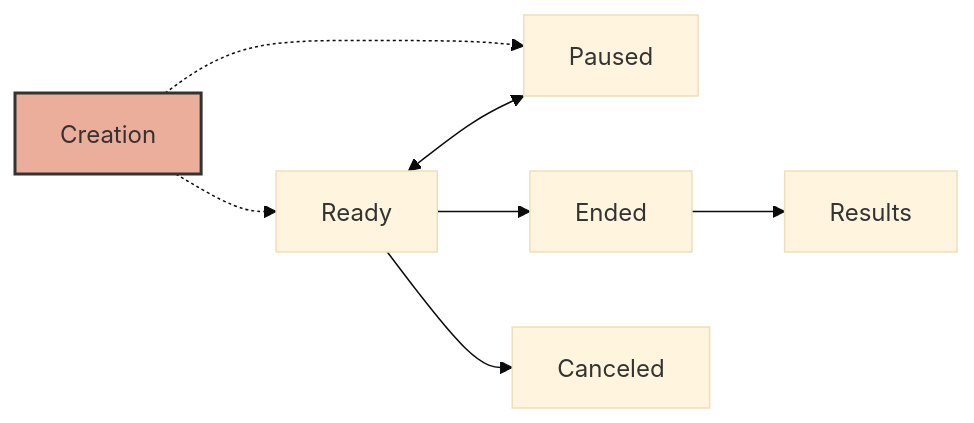
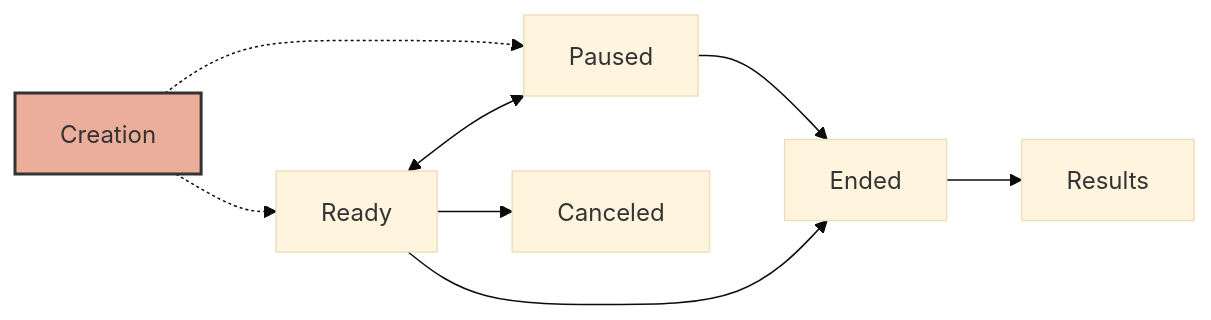
Before and after one commit to vocdoni/developer-portal: the second of 2 diagrams in docs/protocol/01-overview.mdx, drawn with Mermaid (base theme). The commit also changed other lines of this file, not shown here.

````diff
--- a/docs/protocol/01-overview.mdx
+++ b/docs/protocol/01-overview.mdx
@@ -135,11 +135,12 @@
 ```mermaid
 flowchart LR
 style Creation fill:#EBAE9A,stroke:#333,stroke-width:2px
 
 Creation -.-> Ready
 Creation-.->Paused
 Ready <--> Paused
+Paused-->Ended
 Ready-->Ended
 Ready-->Canceled
 Ended-->Results
 ```
````
